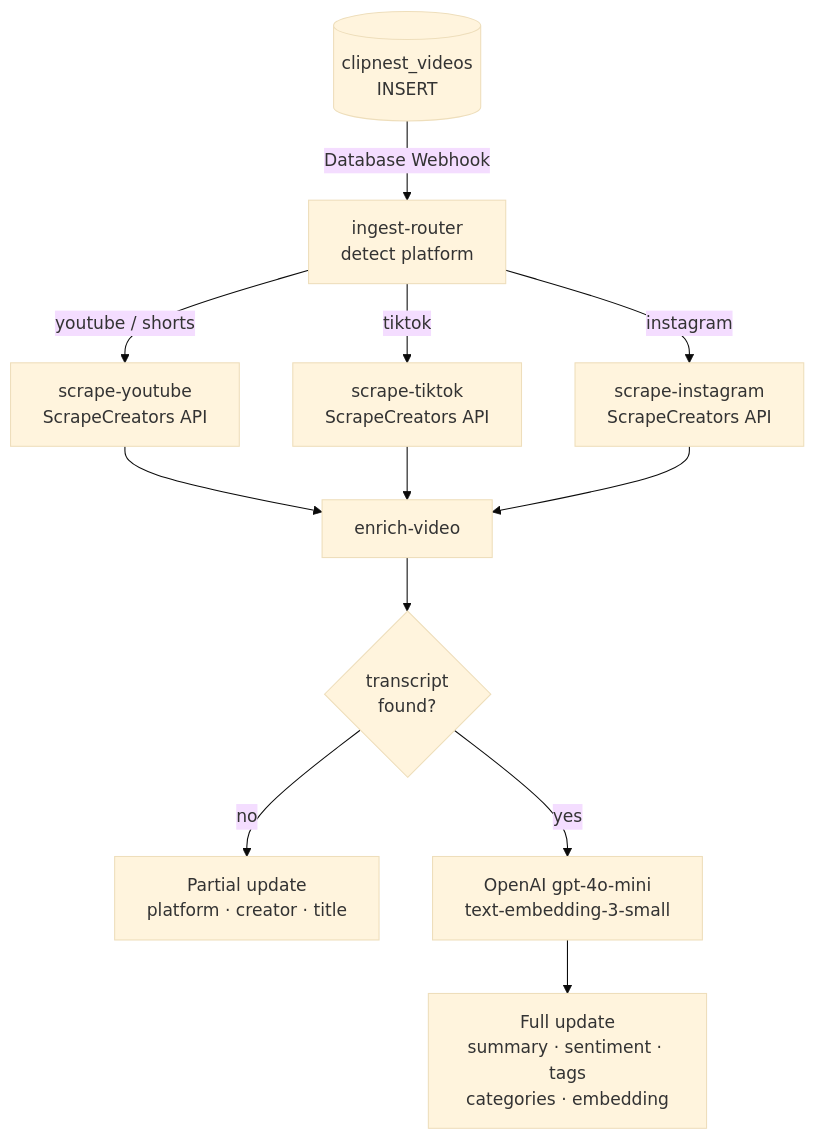
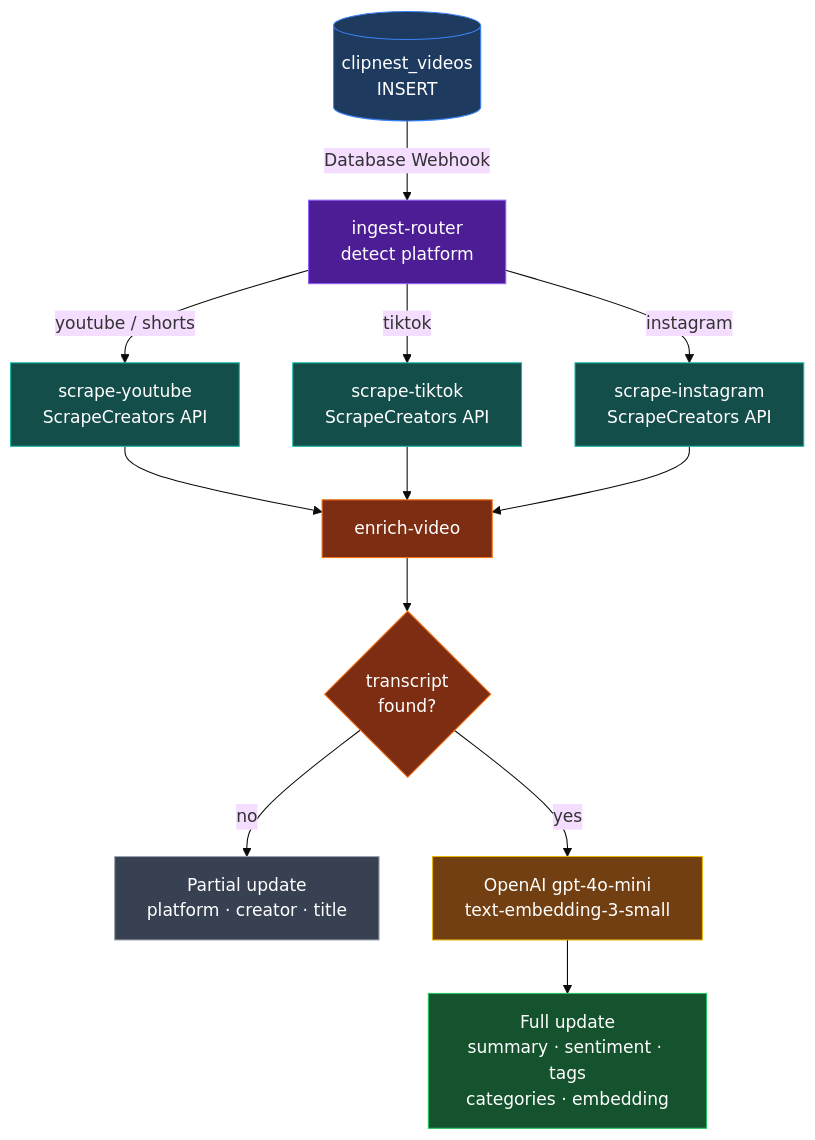
The diagram in README.md (akulo/ClipNest-Ingestion), drawn with Mermaid (base theme) before and after one commit.

Commit message:
Add colors to flow diagram

````diff
--- a/README.md
+++ b/README.md
@@ -7,18 +7,34 @@
 ```mermaid
 flowchart TD
     DB[(clipnest_videos\nINSERT)]
     DB -->|Database Webhook| IR[ingest-router\ndetect platform]
 
     IR -->|youtube / shorts| SY[scrape-youtube\nScrapeCreators API]
     IR -->|tiktok| ST[scrape-tiktok\nScrapeCreators API]
     IR -->|instagram| SI[scrape-instagram\nScrapeCreators API]
 
     SY --> EV[enrich-video]
     ST --> EV
     SI --> EV
 
     EV --> Q{transcript\nfound?}
     Q -->|no| PU[Partial update\nplatform · creator · title]
     Q -->|yes| OAI[OpenAI gpt-4o-mini\ntext-embedding-3-small]
     OAI --> FU[Full update\nsummary · sentiment · tags\ncategories · embedding]
+
+    classDef db        fill:#1e3a5f,stroke:#3b82f6,color:#fff
+    classDef router    fill:#4c1d95,stroke:#8b5cf6,color:#fff
+    classDef scraper   fill:#134e4a,stroke:#14b8a6,color:#fff
+    classDef enricher  fill:#7c2d12,stroke:#f97316,color:#fff
+    classDef ai        fill:#713f12,stroke:#eab308,color:#fff
+    classDef partial   fill:#374151,stroke:#9ca3af,color:#fff
+    classDef full      fill:#14532d,stroke:#22c55e,color:#fff
+
+    class DB db
+    class IR router
+    class SY,ST,SI scraper
+    class EV,Q enricher
+    class OAI ai
+    class PU partial
+    class FU full
 ```
````
